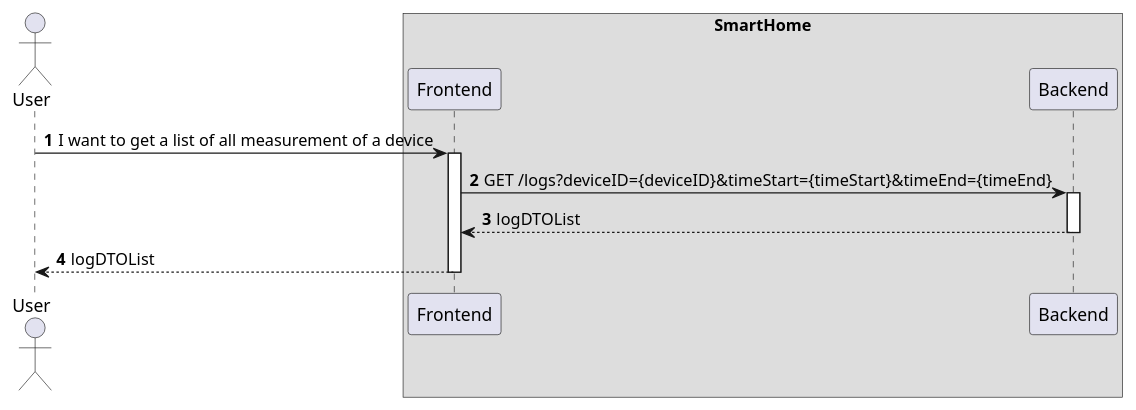
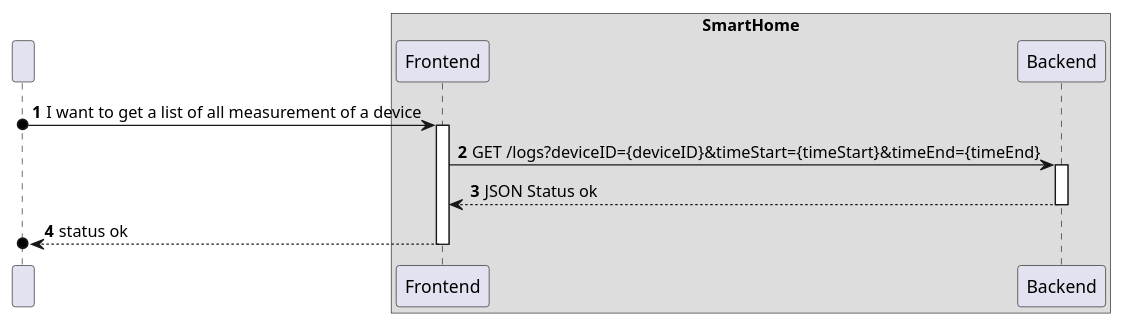
Before and after one commit to olivDiogo/SmartHome: the diagram in docs/ooa/C4_4plus1_models/Level2/ProcessView/ProcessViewLevel2_UC23.puml, drawn with PlantUML. The commit also changed 2 other files, not shown here.

```diff
--- a/docs/ooa/C4_4plus1_models/Level2/ProcessView/ProcessViewLevel2_UC23.puml
+++ b/docs/ooa/C4_4plus1_models/Level2/ProcessView/ProcessViewLevel2_UC23.puml
@@ -1,28 +1,28 @@
 @startuml
 'https://plantuml.com/sequence-diagram
 !pragma layout smetana
 
 autonumber
 
-actor "User" as User
+participant " " as User
 
 
 box "SmartHome"
     participant "Frontend" as FE
     participant "Backend" as SV
 end box
 
-User -> FE : I want to get a list of all measurement of a device
+User o-> FE : I want to get a list of all measurement of a device
 activate FE
 
 FE -> SV : GET /logs?deviceID={deviceID}&timeStart={timeStart}&timeEnd={timeEnd}
 activate SV
 
-SV --> FE : logDTOList
+SV --> FE : JSON Status ok
 deactivate SV
 
-FE --> User : logDTOList
+FE -->o User : status ok
 deactivate FE
 
 
 @enduml
```
